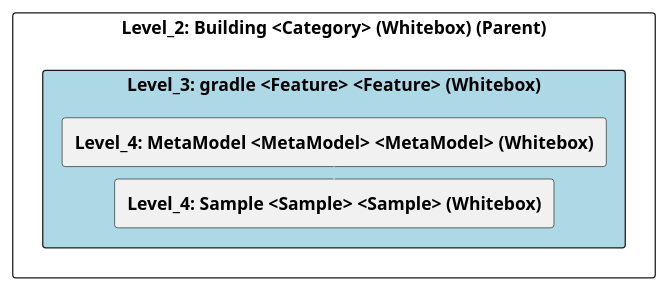
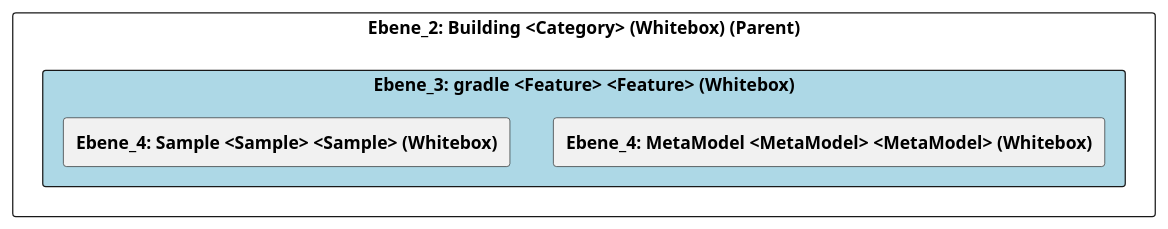
Before and after one commit to marcozwyssig/cleon: the diagram in doc/cleonproject_deliverables_architecture_model_architecture/adoc/de/05_bausteinsicht/cleon/building/gradle/ebene_3_gradle.adoc, drawn with PlantUML. The commit also changed other lines of this file and 150 other files, not shown here.

```diff
--- a/doc/cleonproject_deliverables_architecture_model_architecture/adoc/de/05_bausteinsicht/cleon/building/gradle/ebene_3_gradle.adoc
+++ b/doc/cleonproject_deliverables_architecture_model_architecture/adoc/de/05_bausteinsicht/cleon/building/gradle/ebene_3_gradle.adoc
@@ -20,28 +20,25 @@
-[plantuml, Level_3: gradle <Feature> <Feature> (Whitebox)BlockOverview, format="svg"]
+[plantuml, Ebene_3: gradle <Feature> <Feature> (Whitebox)BlockOverview, format="svg"]
 ----
-@startuml Level_3: gradle <Feature> <Feature> (Whitebox)BuildingBlockOverview
+@startuml Ebene_3: gradle <Feature> <Feature> (Whitebox)BuildingBlockOverview
 
 skinparam ranksep 10
 skinparam componentStyle rectangle
 skinparam shadowing false
 skinparam arrowColor lightblue
 skinparam arrowThickness 1.2
 skinparam rectangle {
   BackgroundColor White
   BorderColor #333
   RoundCorner 10
 }
 top to bottom direction
 
-component "Level_2: Building <Category> (Whitebox) (Parent)" {
-    component "Level_3: gradle <Feature> <Feature> (Whitebox)" #lightblue {
-        [**Level_4: MetaModel <MetaModel> <MetaModel> (Whitebox)**] as 4A57056F_D579_11EE_903E_9F564E4DE07E
-        [**Level_4: Sample <Sample> <Sample> (Whitebox)**] as 4A57056C_D579_11EE_903E_9F564E4DE07E
+component "Ebene_2: Building <Category> (Whitebox) (Parent)" {
+    component "Ebene_3: gradle <Feature> <Feature> (Whitebox)" #lightblue {
+        [**Ebene_4: MetaModel <MetaModel> <MetaModel> (Whitebox)**] as 4A57056F_D579_11EE_903E_9F564E4DE07E
+        [**Ebene_4: Sample <Sample> <Sample> (Whitebox)**] as 4A57056C_D579_11EE_903E_9F564E4DE07E
     }
-
-    4A57056F_D579_11EE_903E_9F564E4DE07E -down-> 4A57056C_D579_11EE_903E_9F564E4DE07E
-    
 }
 
 @enduml
 ----
```
